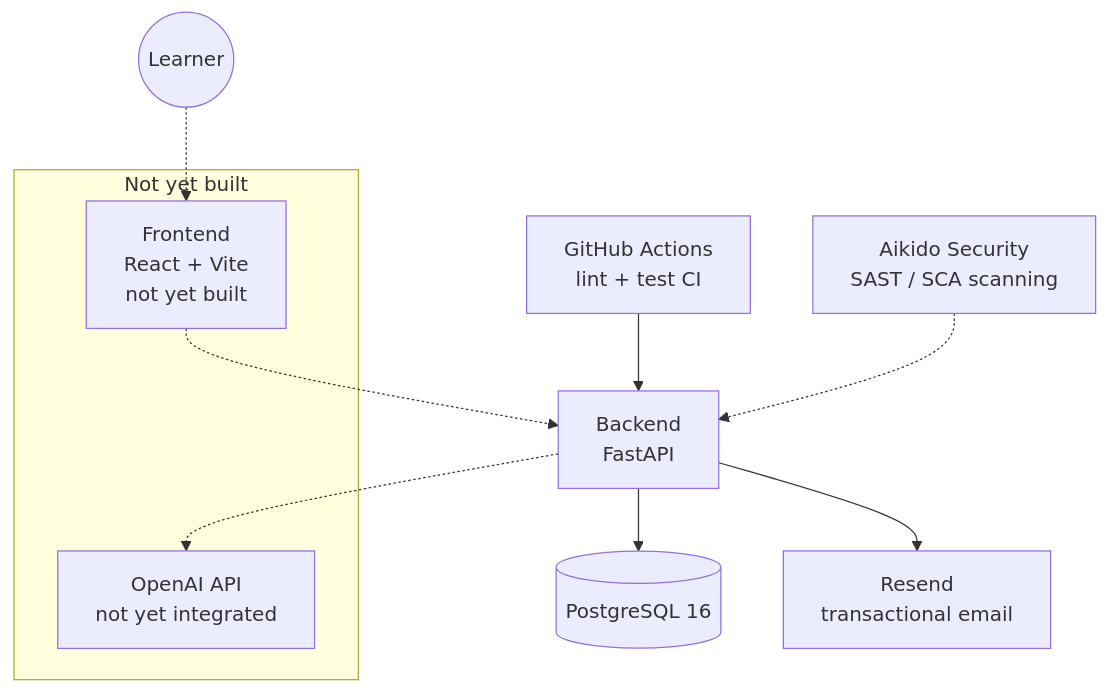
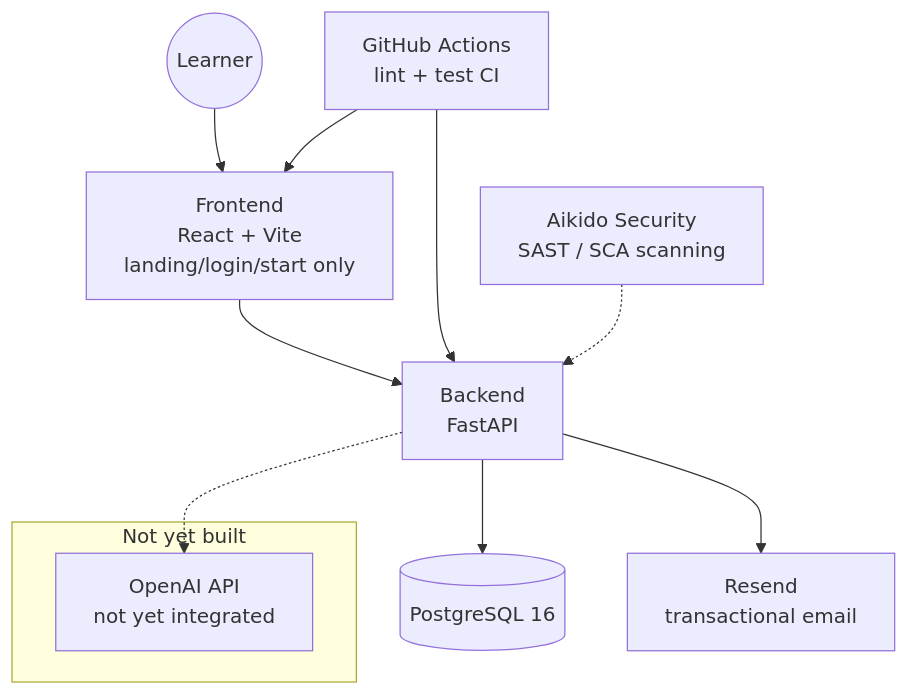
Before and after one commit to berndloeffeld/sks-lotse: the diagram in docs/ARCHITECTURE.md, drawn with Mermaid. The commit also changed other lines of this file and 44 other files, not shown here.

First line of the commit message:
Add frontend MVP: landing page, login, start (+ ADR-0012 cookie auth)

````diff
--- a/docs/ARCHITECTURE.md
+++ b/docs/ARCHITECTURE.md
@@ -7,22 +7,23 @@
 ```mermaid
 graph TB
     subgraph "Not yet built"
-        Frontend[Frontend<br/>React + Vite<br/>not yet built]
         OpenAI[OpenAI API<br/>not yet integrated]
     end
 
     Learner((Learner))
+    Frontend[Frontend<br/>React + Vite<br/>landing/login/start only]
     Backend[Backend<br/>FastAPI]
     DB[(PostgreSQL 16)]
     Resend[Resend<br/>transactional email]
     Aikido[Aikido Security<br/>SAST / SCA scanning]
     GHA[GitHub Actions<br/>lint + test CI]
 
-    Learner -.-> Frontend
-    Frontend -.-> Backend
+    Learner --> Frontend
+    Frontend --> Backend
     Backend --> DB
     Backend --> Resend
     Backend -.-> OpenAI
     GHA --> Backend
+    GHA --> Frontend
     Aikido -.-> Backend
 ```
````
